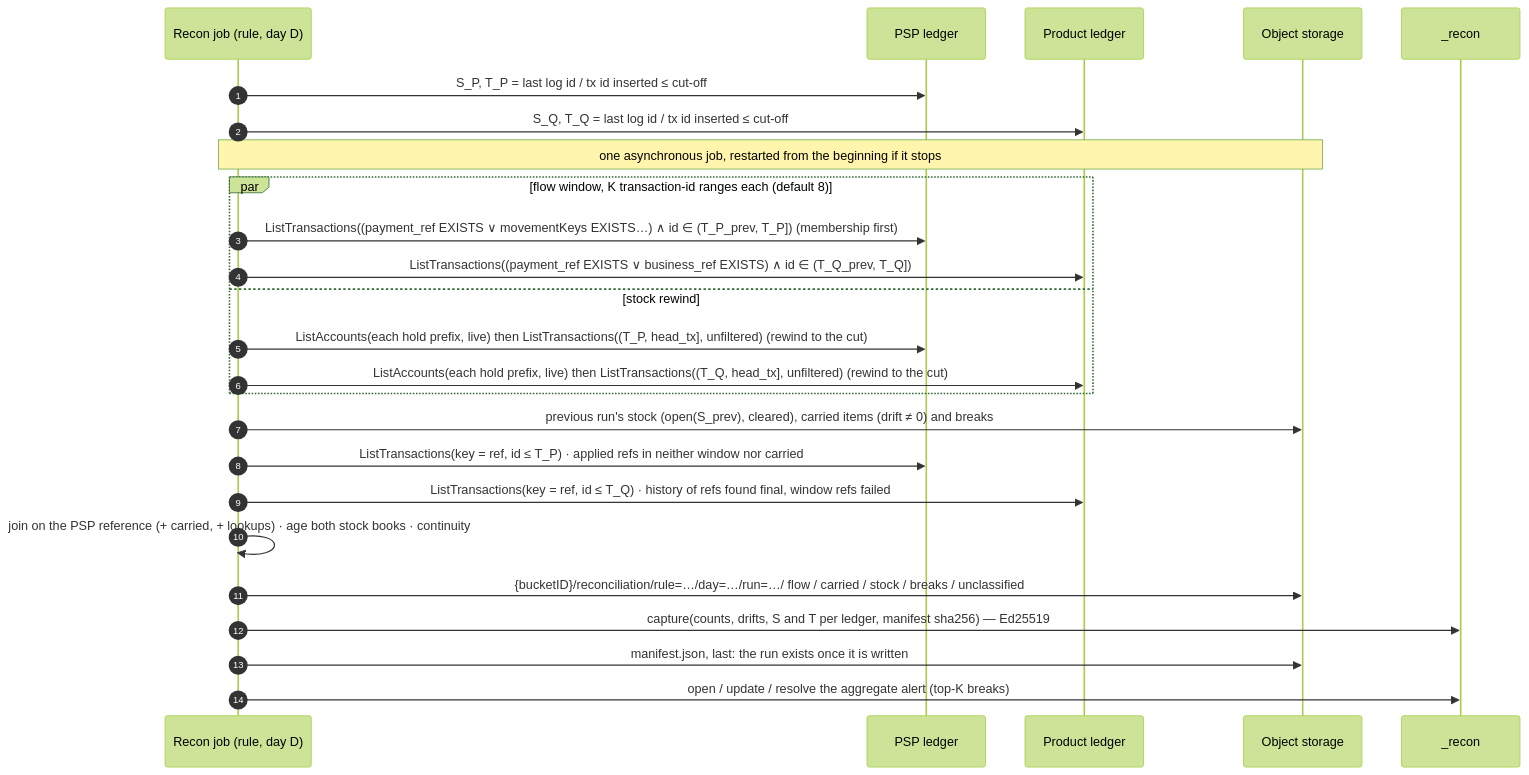
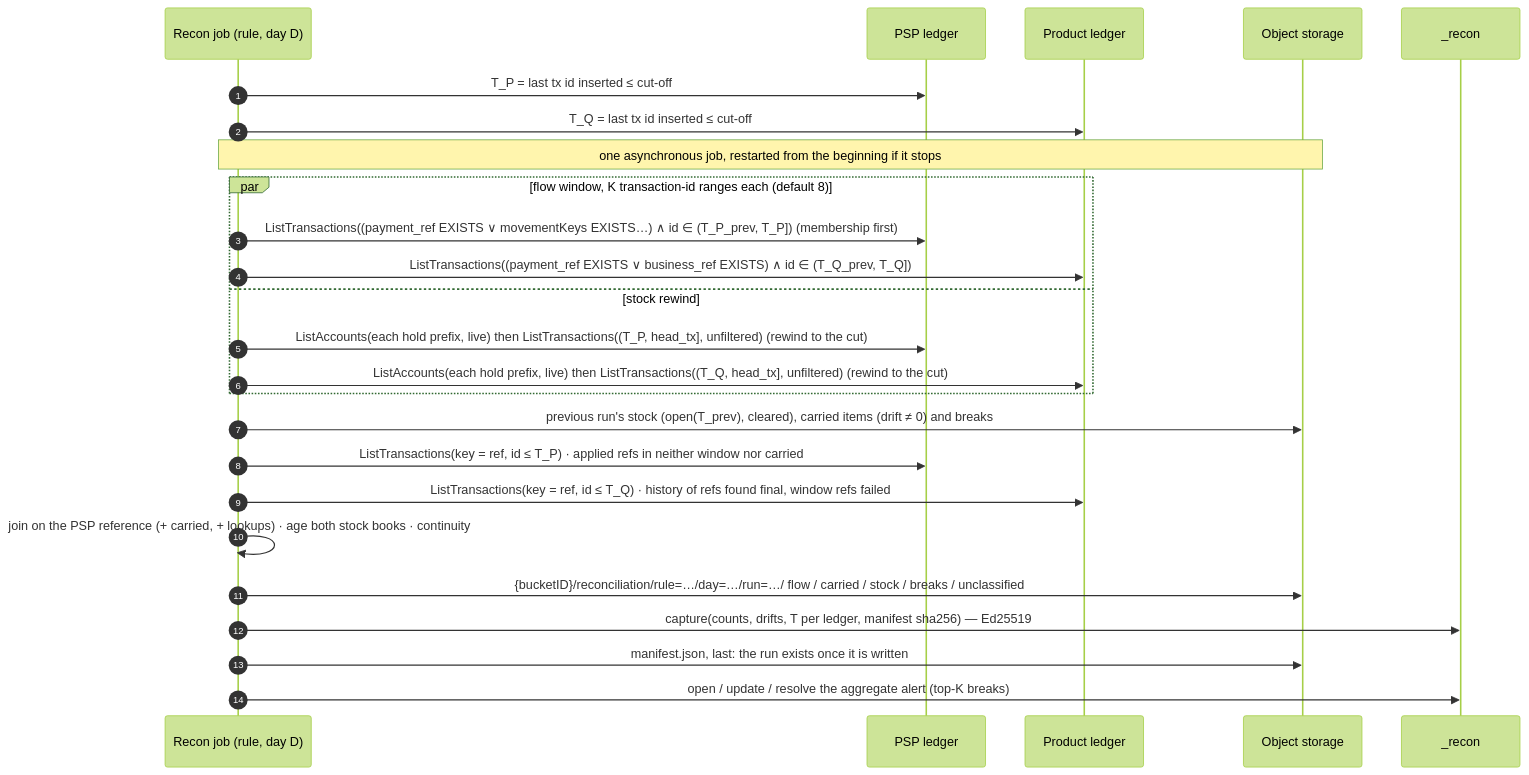
The second of 2 diagrams in docs/technical/transaction-level-reconciliation.md (formancehq/reconciliation), drawn with Mermaid (forest theme) before and after one commit. The commit also changed other lines of this file and 23 other files, not shown here.

First line of the commit message:
docs(recon): make the cut one transaction id per ledger, with no log-id cut

````diff
--- a/docs/technical/transaction-level-reconciliation.md
+++ b/docs/technical/transaction-level-reconciliation.md
@@ -255,28 +255,28 @@
 ```mermaid
 sequenceDiagram
     autonumber
     participant J as Recon job (rule, day D)
     participant P as PSP ledger
     participant Q as Product ledger
     participant O as Object storage
     participant C as _recon
 
-    J->>P: S_P, T_P = last log id / tx id inserted ≤ cut-off
-    J->>Q: S_Q, T_Q = last log id / tx id inserted ≤ cut-off
+    J->>P: T_P = last tx id inserted ≤ cut-off
+    J->>Q: T_Q = last tx id inserted ≤ cut-off
     Note over J,O: one asynchronous job, restarted from the beginning if it stops
     par flow window, K transaction-id ranges each (default 8)
         J->>P: ListTransactions((payment_ref EXISTS ∨ movementKeys EXISTS…) ∧ id ∈ (T_P_prev, T_P])  (membership first)
         J->>Q: ListTransactions((payment_ref EXISTS ∨ business_ref EXISTS) ∧ id ∈ (T_Q_prev, T_Q])
     and stock rewind
         J->>P: ListAccounts(each hold prefix, live) then ListTransactions((T_P, head_tx], unfiltered) (rewind to the cut)
         J->>Q: ListAccounts(each hold prefix, live) then ListTransactions((T_Q, head_tx], unfiltered) (rewind to the cut)
     end
-    J->>O: previous run's stock (open(S_prev), cleared), carried items (drift ≠ 0) and breaks
+    J->>O: previous run's stock (open(T_prev), cleared), carried items (drift ≠ 0) and breaks
     J->>P: ListTransactions(key = ref, id ≤ T_P) · applied refs in neither window nor carried
     J->>Q: ListTransactions(key = ref, id ≤ T_Q) · history of refs found final, window refs failed
     J->>J: join on the PSP reference (+ carried, + lookups) · age both stock books · continuity
     J->>O: {bucketID}/reconciliation/rule=…/day=…/run=…/ flow / carried / stock / breaks / unclassified
-    J->>C: capture(counts, drifts, S and T per ledger, manifest sha256) — Ed25519
+    J->>C: capture(counts, drifts, T per ledger, manifest sha256) — Ed25519
     J->>O: manifest.json, last: the run exists once it is written
     J->>C: open / update / resolve the aggregate alert (top-K breaks)
 ```
````
